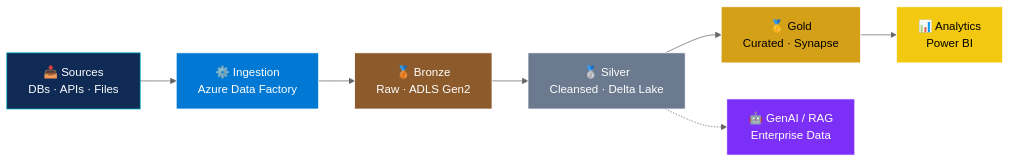
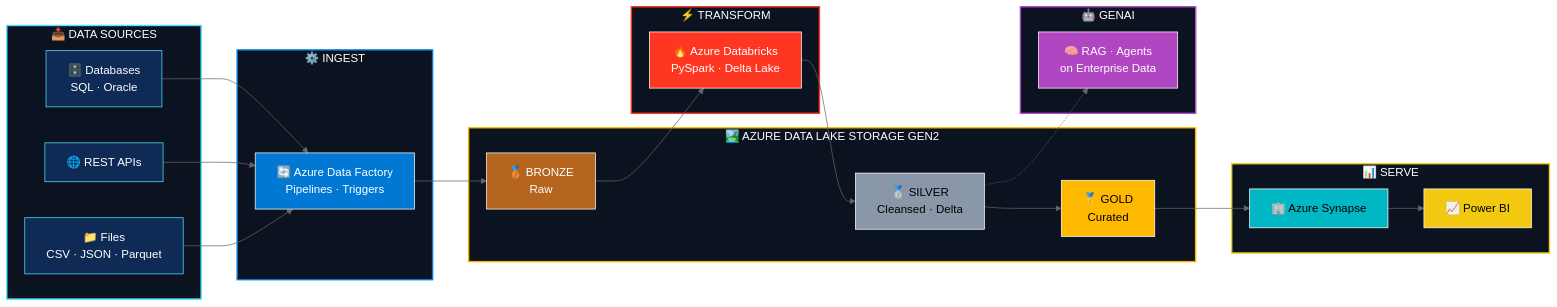
The diagram in README.md (Reddy41115/Reddy41115), drawn with Mermaid (neutral theme) before and after one commit. The commit also changed other lines of this file, not shown here.

````diff
--- a/README.md
+++ b/README.md
@@ -86,17 +65,61 @@
 ```mermaid
 flowchart LR
-    A[📥 Sources<br/>DBs · APIs · Files] --> B[⚙️ Ingestion<br/>Azure Data Factory]
-    B --> C[🥉 Bronze<br/>Raw · ADLS Gen2]
-    C --> D[🥈 Silver<br/>Cleansed · Delta Lake]
-    D --> E[🥇 Gold<br/>Curated · Synapse]
-    E --> F[📊 Analytics<br/>Power BI]
-    D -.-> G[🤖 GenAI / RAG<br/>Enterprise Data]
+    subgraph SRC["📥 DATA SOURCES"]
+        S1["🗄️ Databases<br/>SQL · Oracle"]
+        S2["🌐 REST APIs"]
+        S3["📁 Files<br/>CSV · JSON · Parquet"]
+    end
 
-    style A fill:#102A56,stroke:#00B7C3,color:#fff
-    style B fill:#0078D4,stroke:#fff,color:#fff
-    style C fill:#8C5A2B,stroke:#fff,color:#fff
-    style D fill:#6B7A8F,stroke:#fff,color:#fff
-    style E fill:#D4A017,stroke:#fff,color:#000
-    style F fill:#F2C811,stroke:#fff,color:#000
-    style G fill:#7B2FF7,stroke:#fff,color:#fff
+    subgraph ING["⚙️ INGEST"]
+        ADF["🔄 Azure Data Factory<br/>Pipelines · Triggers"]
+    end
+
+    subgraph LAKE["🏞️ AZURE DATA LAKE STORAGE GEN2"]
+        BR["🥉 BRONZE<br/>Raw"]
+        SI["🥈 SILVER<br/>Cleansed · Delta"]
+        GO["🥇 GOLD<br/>Curated"]
+    end
+
+    subgraph PROC["⚡ TRANSFORM"]
+        DBX["🔥 Azure Databricks<br/>PySpark · Delta Lake"]
+    end
+
+    subgraph SERVE["📊 SERVE"]
+        SYN["🏢 Azure Synapse"]
+        PBI["📈 Power BI"]
+    end
+
+    subgraph GENAI["🤖 GENAI"]
+        RAG["🧠 RAG · Agents<br/>on Enterprise Data"]
+    end
+
+    S1 --> ADF
+    S2 --> ADF
+    S3 --> ADF
+    ADF --> BR
+    BR --> DBX
+    DBX --> SI
+    SI --> GO
+    GO --> SYN
+    SYN --> PBI
+    SI -.-> RAG
+
+    style SRC fill:#0B1220,stroke:#50E6FF,stroke-width:2px,color:#FFFFFF
+    style ING fill:#0B1220,stroke:#0078D4,stroke-width:2px,color:#FFFFFF
+    style LAKE fill:#0B1220,stroke:#FFB900,stroke-width:2px,color:#FFFFFF
+    style PROC fill:#0B1220,stroke:#FF3621,stroke-width:2px,color:#FFFFFF
+    style SERVE fill:#0B1220,stroke:#F2C811,stroke-width:2px,color:#FFFFFF
+    style GENAI fill:#0B1220,stroke:#B146C2,stroke-width:2px,color:#FFFFFF
+
+    style S1 fill:#102A56,stroke:#50E6FF,color:#FFFFFF
+    style S2 fill:#102A56,stroke:#50E6FF,color:#FFFFFF
+    style S3 fill:#102A56,stroke:#50E6FF,color:#FFFFFF
+    style ADF fill:#0078D4,stroke:#FFFFFF,color:#FFFFFF
+    style BR fill:#B5651D,stroke:#FFFFFF,color:#FFFFFF
+    style SI fill:#8A97A8,stroke:#FFFFFF,color:#000000
+    style GO fill:#FFB900,stroke:#FFFFFF,color:#000000
+    style DBX fill:#FF3621,stroke:#FFFFFF,color:#FFFFFF
+    style SYN fill:#00B7C3,stroke:#FFFFFF,color:#000000
+    style PBI fill:#F2C811,stroke:#FFFFFF,color:#000000
+    style RAG fill:#B146C2,stroke:#FFFFFF,color:#FFFFFF
 ```
````
